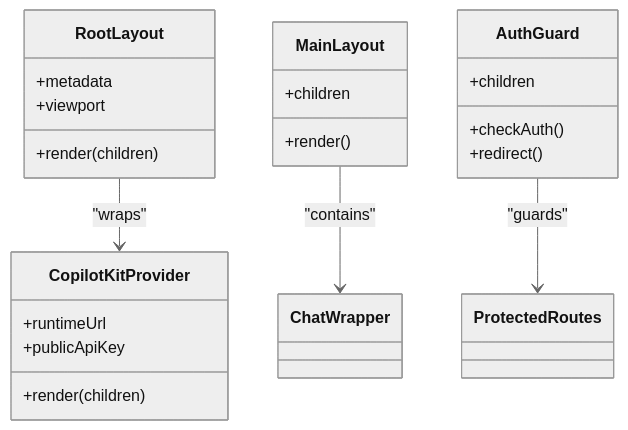
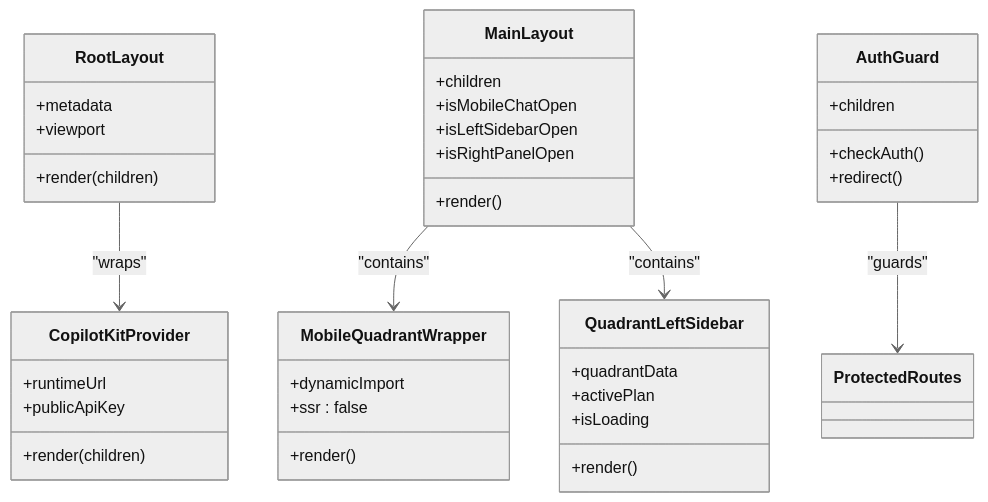
The third of 12 diagrams in .qoder/repowiki/en/content/Frontend Architecture/Frontend Architecture.md (peixuanhu/goal-mate), drawn with Mermaid (neutral theme) before and after one commit. The commit also changed other lines of this file and 14 other files, not shown here.

First line of the commit message:
feat(layout): enhance main layout with mobile drawer and responsive quadrants

````diff
--- a/.qoder/repowiki/en/content/Frontend Architecture/Frontend Architecture.md
+++ b/.qoder/repowiki/en/content/Frontend Architecture/Frontend Architecture.md
@@ -137,25 +176,40 @@
 ```mermaid
 classDiagram
 class RootLayout {
 +metadata
 +viewport
 +render(children)
 }
 class MainLayout {
 +children
++isMobileChatOpen
++isLeftSidebarOpen
++isRightPanelOpen
++render()
+}
+class MobileQuadrantWrapper {
++dynamicImport
++ssr : false
++render()
+}
+class QuadrantLeftSidebar {
++quadrantData
++activePlan
++isLoading
 +render()
 }
 class AuthGuard {
 +children
 +checkAuth()
 +redirect()
 }
 class CopilotKitProvider {
 +runtimeUrl
 +publicApiKey
 +render(children)
 }
 RootLayout --> CopilotKitProvider : "wraps"
-MainLayout --> ChatWrapper : "contains"
+MainLayout --> MobileQuadrantWrapper : "contains"
+MainLayout --> QuadrantLeftSidebar : "contains"
 AuthGuard --> ProtectedRoutes : "guards"
 ```
````
